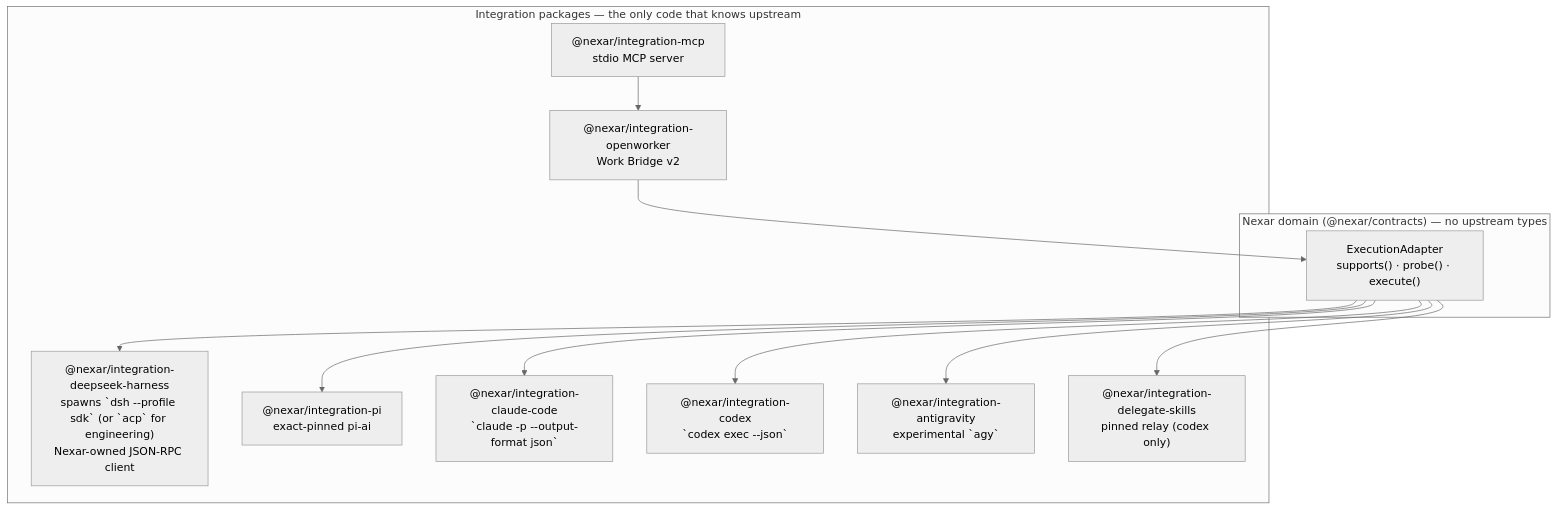
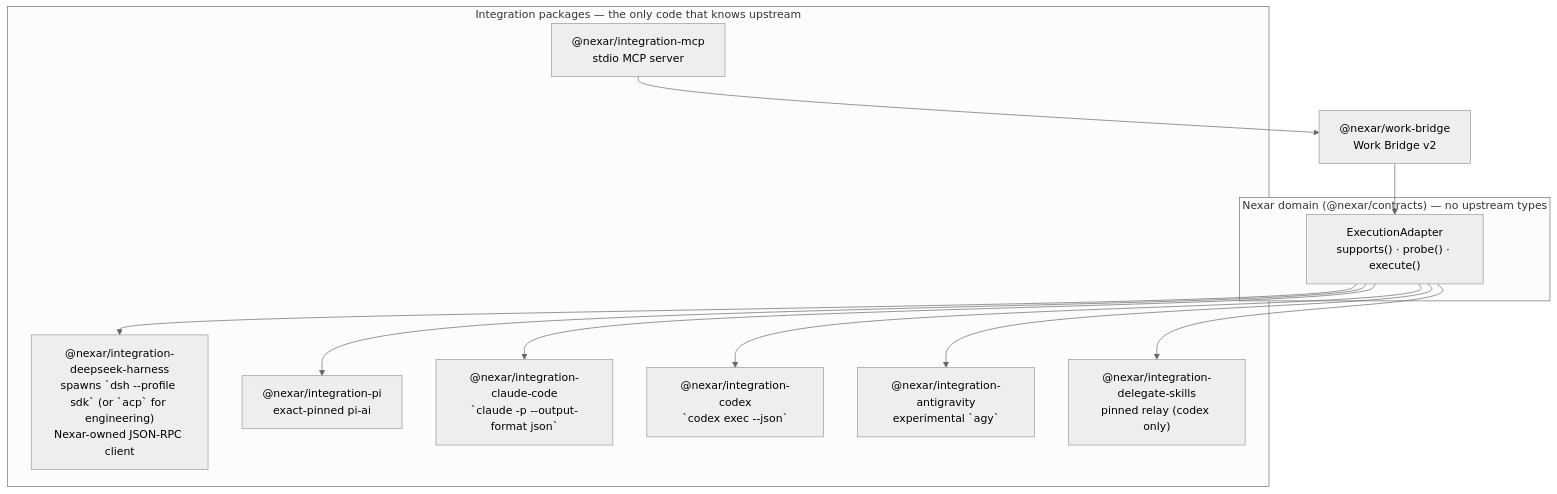
Before and after one commit to mohmedhat797/Nexar-Ai: the fifth of 8 diagrams in docs/architecture/overview.md, drawn with Mermaid (neutral theme). The commit also changed other lines of this file and 91 other files, not shown here.

````diff
--- a/docs/architecture/overview.md
+++ b/docs/architecture/overview.md
@@ -228,19 +227,18 @@
 ```mermaid
 flowchart TB
   subgraph Domain["Nexar domain (@nexar/contracts) — no upstream types"]
     EA["ExecutionAdapter<br/>supports() · probe() · execute()"]
   end
   subgraph ACL["Integration packages — the only code that knows upstream"]
     DSHA["@nexar/integration-deepseek-harness<br/>spawns `dsh --profile sdk` (or `acp` for engineering)<br/>Nexar-owned JSON-RPC client"]
     PIA["@nexar/integration-pi<br/>exact-pinned pi-ai"]
     CCA["@nexar/integration-claude-code<br/>`claude -p --output-format json`"]
     CXA["@nexar/integration-codex<br/>`codex exec --json`"]
     AGA["@nexar/integration-antigravity<br/>experimental `agy`"]
     DSK["@nexar/integration-delegate-skills<br/>pinned relay (codex only)"]
-    OWB["@nexar/integration-openworker<br/>Work Bridge v2"]
     MCPA["@nexar/integration-mcp<br/>stdio MCP server"]
   end
   EA --> DSHA & PIA & CCA & CXA & AGA & DSK
-  OWB --> EA
-  MCPA --> OWB
+  MCPA --> WBR["@nexar/work-bridge<br/>Work Bridge v2"]
+  WBR --> EA
 ```
````
